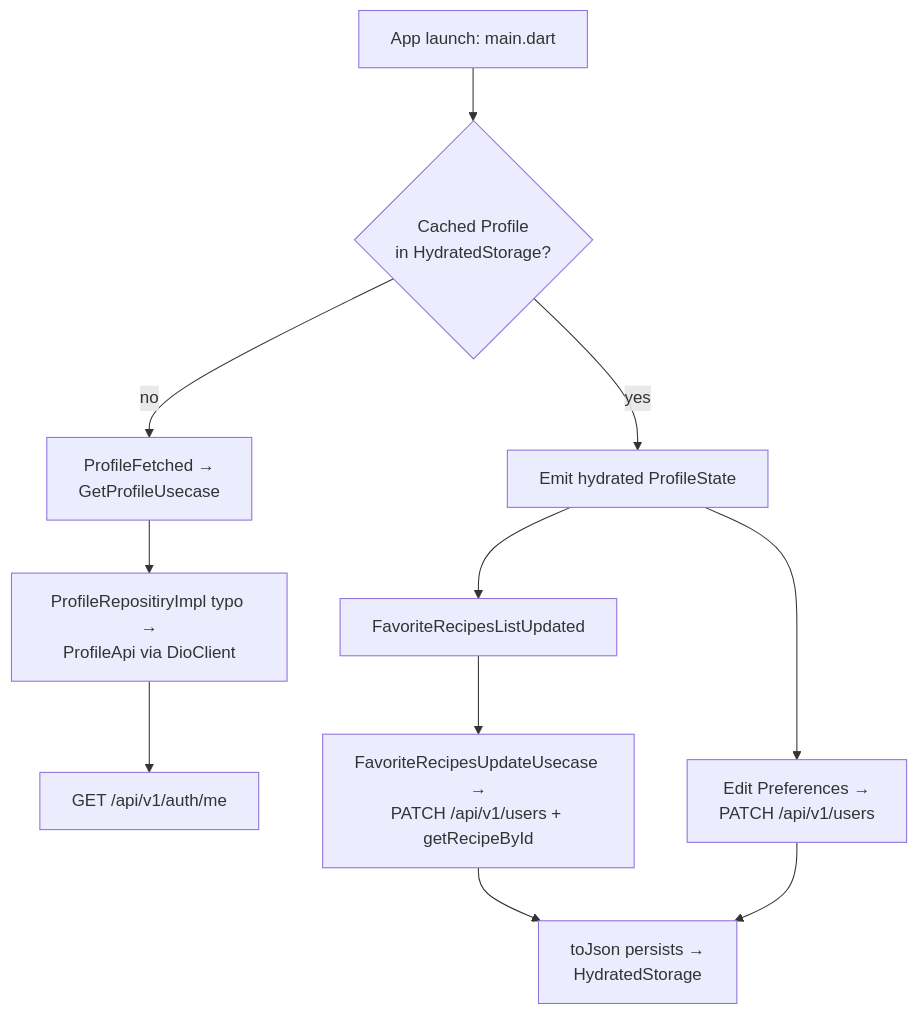
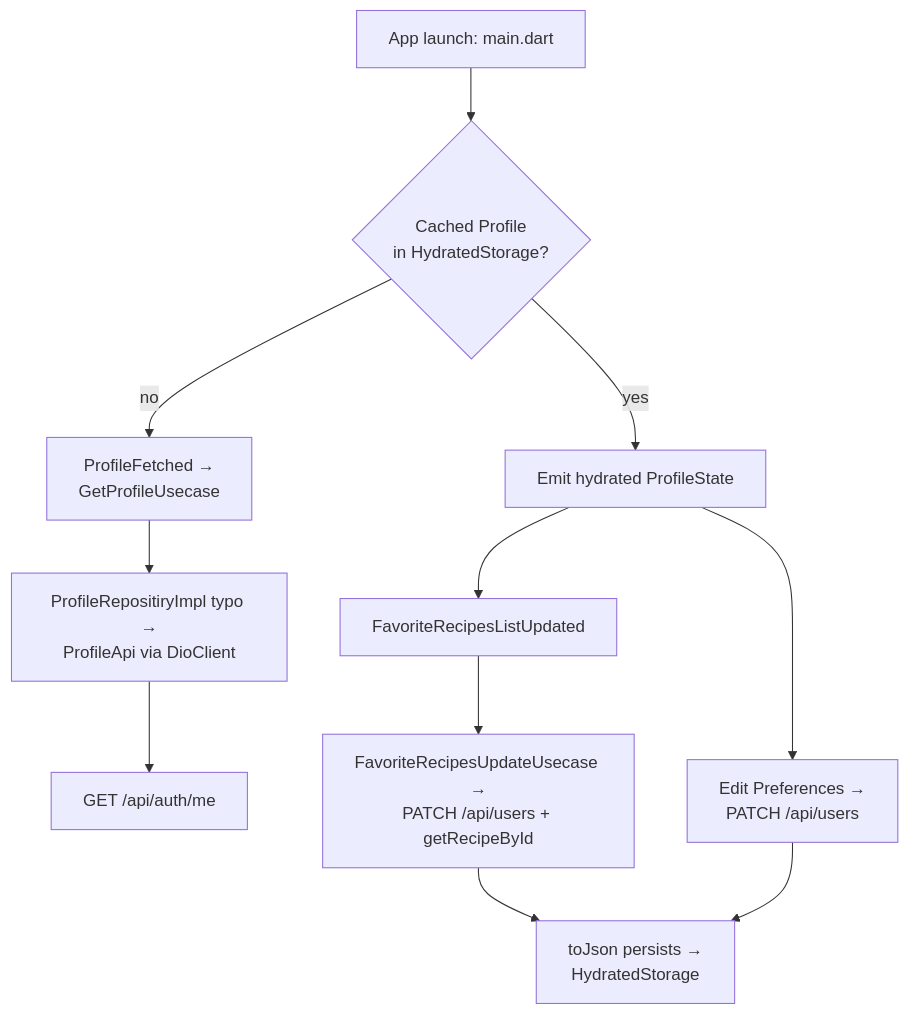
The diagram in mobile/lib/features/profile/README.md (blitzy-public-samples/pantry-chef-traditional), drawn with Mermaid before and after one commit. The commit also changed other lines of this file and 15 other files, not shown here.

````diff
--- a/mobile/lib/features/profile/README.md
+++ b/mobile/lib/features/profile/README.md
@@ -83,13 +83,13 @@
 ```mermaid
 flowchart TD
     A[App launch: main.dart] --> B{Cached Profile<br/>in HydratedStorage?}
     B -- yes --> C[Emit hydrated ProfileState]
     B -- no --> D[ProfileFetched →<br/>GetProfileUsecase]
     D --> E[ProfileRepositiryImpl typo →<br/>ProfileApi via DioClient]
-    E --> F[GET /api/v1/auth/me]
+    E --> F[GET /api/auth/me]
     C --> G[FavoriteRecipesListUpdated]
-    G --> H[FavoriteRecipesUpdateUsecase →<br/>PATCH /api/v1/users + getRecipeById]
-    C --> I[Edit Preferences →<br/>PATCH /api/v1/users]
+    G --> H[FavoriteRecipesUpdateUsecase →<br/>PATCH /api/users + getRecipeById]
+    C --> I[Edit Preferences →<br/>PATCH /api/users]
     H --> J[toJson persists →<br/>HydratedStorage]
     I --> J
 ```
````
